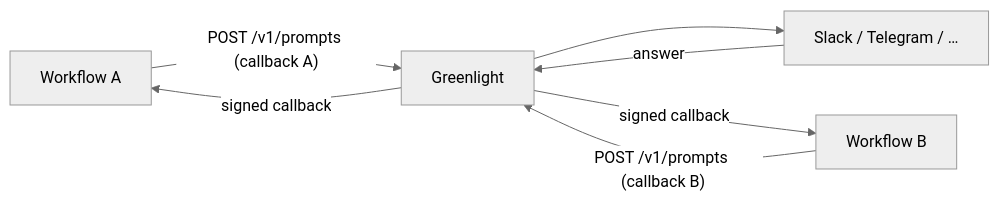
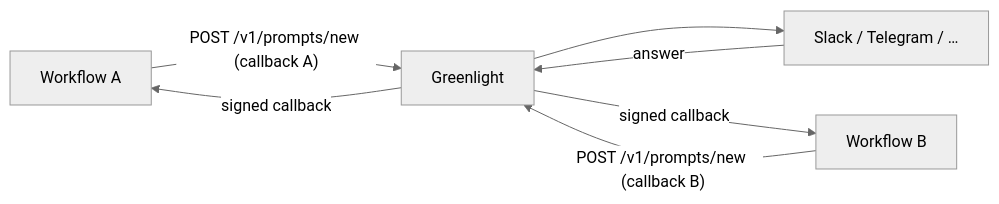
Before and after one commit to HashTerm/greenlight: the first of 2 diagrams in docs-site/content/getting-started/features.mdx, drawn with Mermaid. The commit also changed other lines of this file and 40 other files, not shown here.

````diff
--- a/docs-site/content/getting-started/features.mdx
+++ b/docs-site/content/getting-started/features.mdx
@@ -55,15 +55,15 @@
 ```mermaid
 %%{init: {'theme': 'neutral'}}%%
 flowchart LR
   w1[Workflow A]
   w2[Workflow B]
   gl[Greenlight]
   chat[Slack / Telegram / …]
 
-  w1 -->|"POST /v1/prompts (callback A)"| gl
-  w2 -->|"POST /v1/prompts (callback B)"| gl
+  w1 -->|"POST /v1/prompts/new (callback A)"| gl
+  w2 -->|"POST /v1/prompts/new (callback B)"| gl
   gl --> chat
   chat -->|answer| gl
   gl -->|signed callback| w1
   gl -->|signed callback| w2
 ```
````
